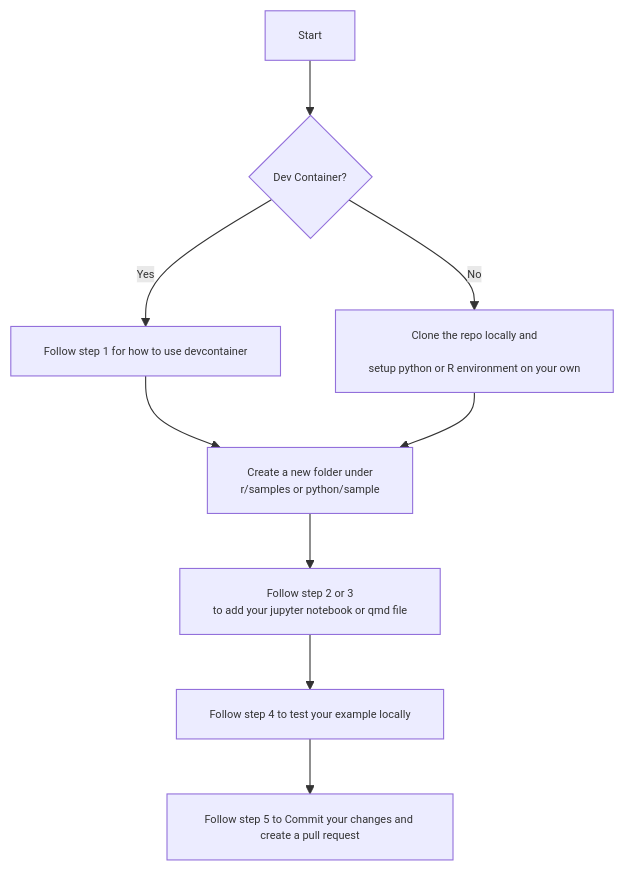
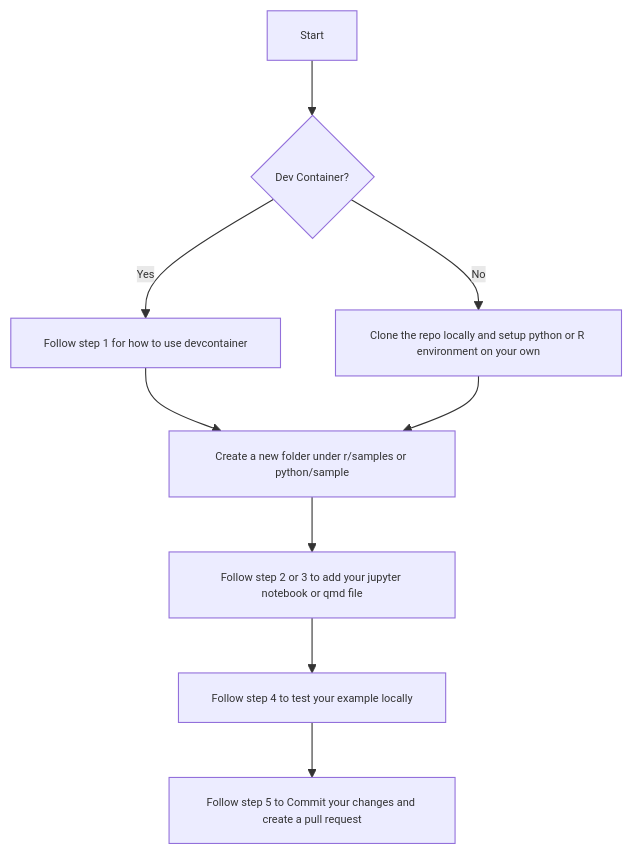
One commit to InstituteforDiseaseModeling/data_access_library changed the diagram in README.md. Above: the diagram before and after it, drawn with Mermaid. The commit also changed 31 other files, not shown here.

````diff
--- a/README.md
+++ b/README.md
@@ -25,15 +25,12 @@
 ```mermaid
 %%{init: {'themeVariables': { 'fontSize': '10px', 'nodeSpacing': 1, 'rankSpacing': 1 }}}%%
 graph TD
     A[Start] --> B{Dev Container?}
     B -- Yes --> C[Follow step 1 for how to use devcontainer]
-    B -- No --> D[Clone the repo locally and<br>
-    setup python or R environment on your own]
-    C --> E[Create a new folder under
-    r/samples or python/sample]
+    B -- No --> D[Clone the repo locally and setup python or R environment on your own]
+    C --> E[Create a new folder under r/samples or python/sample]
     D --> E
-    E --> F[Follow step 2 or 3 
-    to add your jupyter notebook or qmd file]
+    E --> F[Follow step 2 or 3 to add your jupyter notebook or qmd file]
     F --> G[Follow step 4 to test your example locally]
     G --> H[Follow step 5 to Commit your changes and create a pull request]
 ```
````
